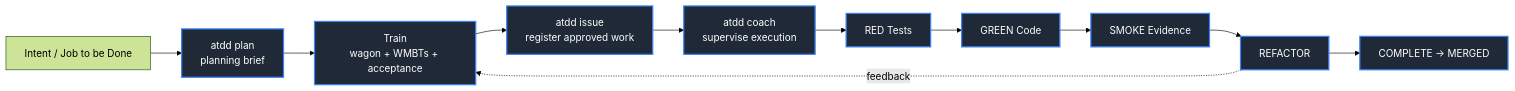
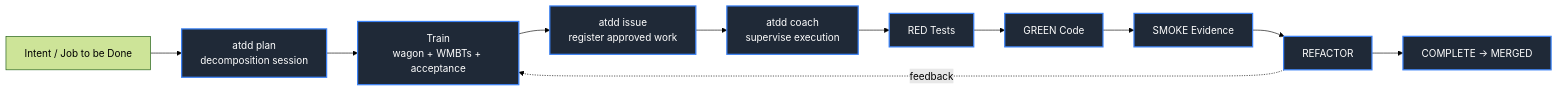
The first of 4 diagrams in README.md (afokapu/atdd), drawn with Mermaid (forest theme) before and after one commit. The commit also changed other lines of this file and 6 other files, not shown here.

First line of the commit message:
refactor(plan): make `atdd plan` launch the session; decommission legacy brief renderer (#1208)

````diff
--- a/README.md
+++ b/README.md
@@ -9,15 +9,15 @@
 ```mermaid
 flowchart LR
-    A[Intent / Job to be Done] --> P[atdd plan<br/>planning brief]
+    A[Intent / Job to be Done] --> P[atdd plan<br/>decomposition session]
     P --> T[Train<br/>wagon + WMBTs + acceptance]
     T --> I[atdd issue<br/>register approved work]
     I --> C[atdd coach<br/>supervise execution]
     C --> R[RED Tests]
     R --> G[GREEN Code]
     G --> S[SMOKE Evidence]
     S --> F[REFACTOR]
     F --> M[COMPLETE → MERGED]
     F -.->|feedback| T
     classDef phase fill:#1f2937,color:#fff,stroke:#3b82f6,stroke-width:2px
     class P,T,I,C,R,G,S,F,M phase
 ```
````
